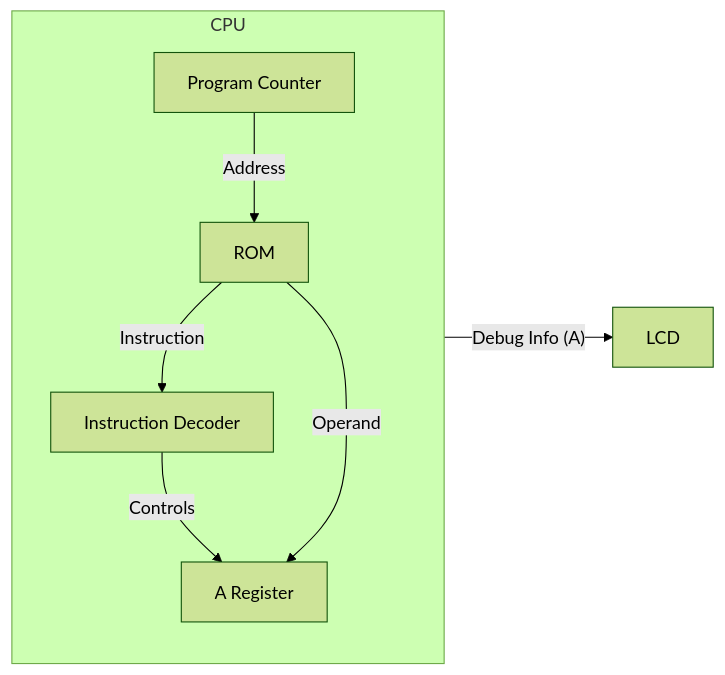
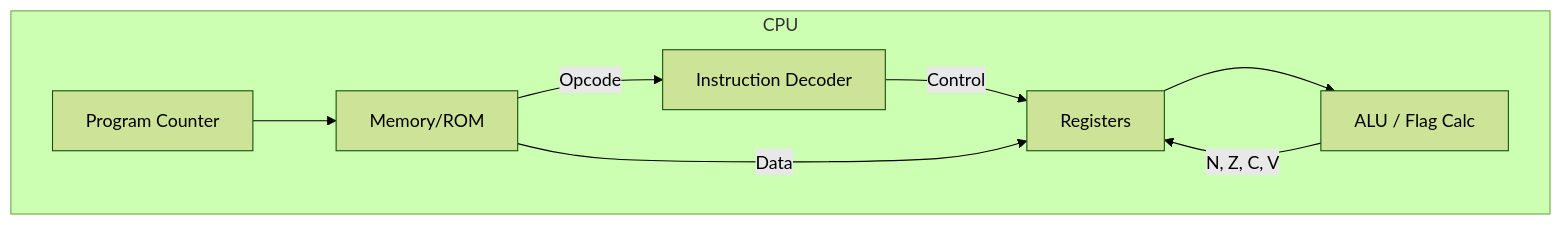
One commit to sokoide/tangnano_6502_cpu changed the diagram in day06_completed/README.md. Above: the diagram before and after it, drawn with Mermaid (forest theme). The commit also changed other lines of this file and 11 other files, not shown here.

````diff
--- a/day06_completed/README.md
+++ b/day06_completed/README.md
@@ -26,14 +25,16 @@
 ```mermaid
-graph LR
+graph TD
     subgraph CPU
         PC[Program Counter]
-        A_REG[A Register]
-        DECODER[Instruction Decoder]
-
-        PC -- Address --> ROM
-        ROM -- Instruction --> DECODER
-        DECODER -- Controls --> A_REG
-        ROM -- Operand --> A_REG
+        DEC[Instruction Decoder]
+        REGS[Registers]
+        ALU[ALU / Flag Calc]
+        
+        PC --> MEM[Memory/ROM]
+        MEM -->|Opcode| DEC
+        DEC -->|Control| REGS
+        MEM -->|Data| REGS
+        REGS --> ALU
+        ALU -->|N, Z, C, V| REGS
     end
-    CPU -- Debug Info (A) --> LCD
 ```
````
